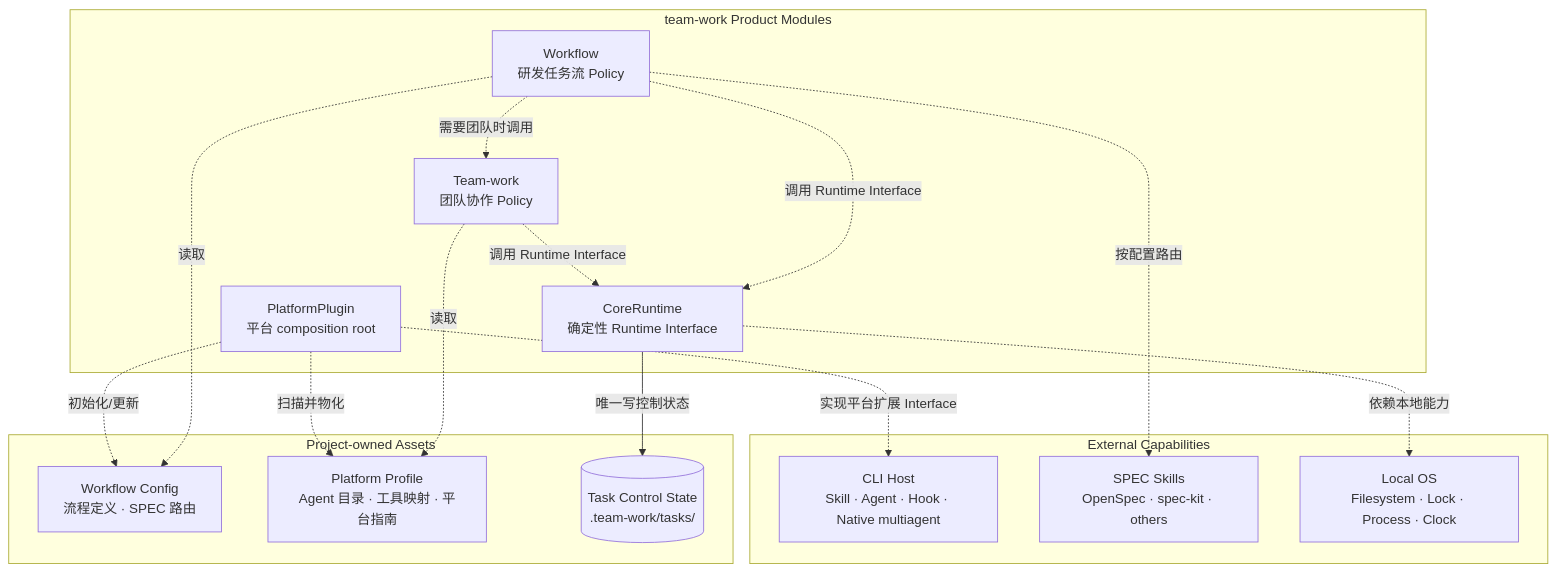
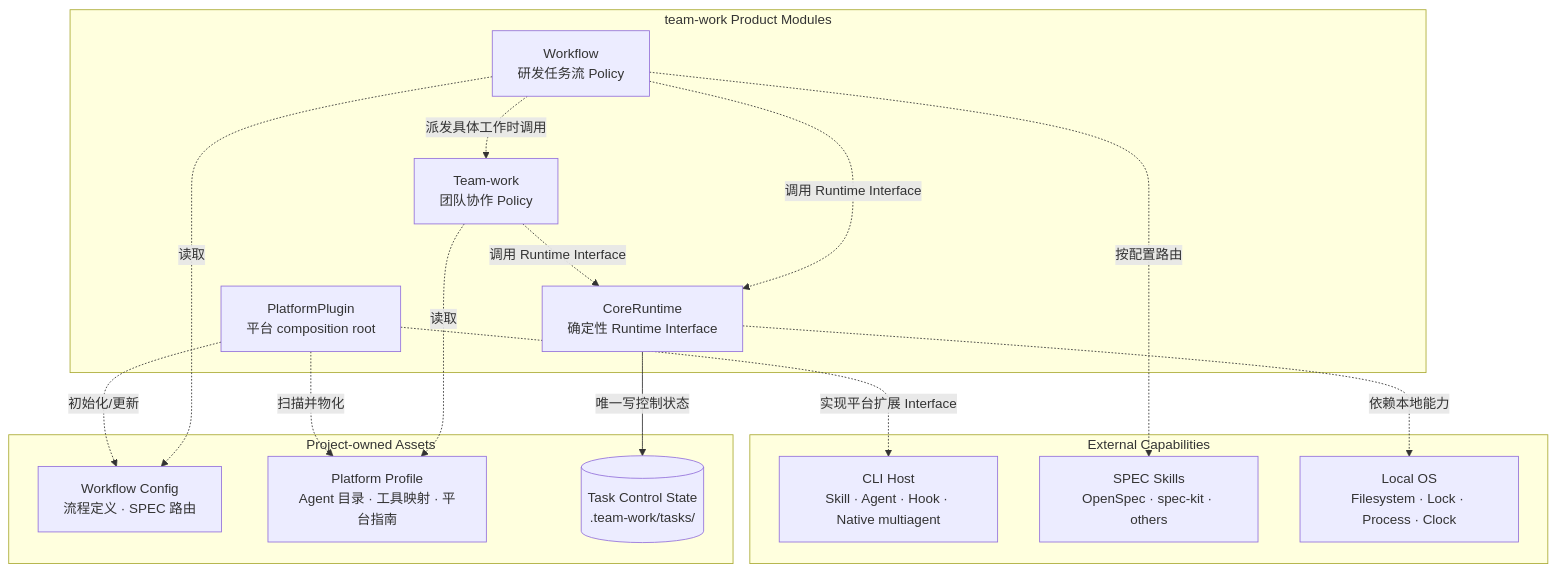
Before and after one commit to liyangink/team-work-runtime: the first of 3 diagrams in docs/runtime-plugin-design.md, drawn with Mermaid. The commit also changed other lines of this file and 26 other files, not shown here.

````diff
--- a/docs/runtime-plugin-design.md
+++ b/docs/runtime-plugin-design.md
@@ -31,36 +31,36 @@
 ```mermaid
 flowchart TB
     subgraph PRODUCT["team-work Product Modules"]
         W["Workflow<br/>研发任务流 Policy"]
         T["Team-work<br/>团队协作 Policy"]
         C["CoreRuntime<br/>确定性 Runtime Interface"]
         P["PlatformPlugin<br/>平台 composition root"]
     end
 
     subgraph PROJECT["Project-owned Assets"]
         WC["Workflow Config<br/>流程定义 · SPEC 路由"]
         PP["Platform Profile<br/>Agent 目录 · 工具映射 · 平台指南"]
         STATE[("Task Control State<br/>.team-work/tasks/")]
     end
 
     subgraph EXTERNAL["External Capabilities"]
         HOST["CLI Host<br/>Skill · Agent · Hook · Native multiagent"]
         SPEC["SPEC Skills<br/>OpenSpec · spec-kit · others"]
         OS["Local OS<br/>Filesystem · Lock · Process · Clock"]
     end
 
     W -. "调用 Runtime Interface" .-> C
-    W -. "需要团队时调用" .-> T
+    W -. "派发具体工作时调用" .-> T
     W -. "读取" .-> WC
     W -. "按配置路由" .-> SPEC
 
     T -. "调用 Runtime Interface" .-> C
     T -. "读取" .-> PP
 
     P -. "初始化/更新" .-> WC
     P -. "扫描并物化" .-> PP
     P -. "实现平台扩展 Interface" .-> HOST
 
     C -->|"唯一写控制状态"| STATE
     C -. "依赖本地能力" .-> OS
 ```
````
